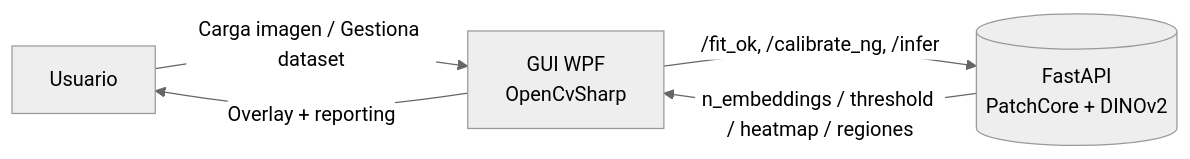
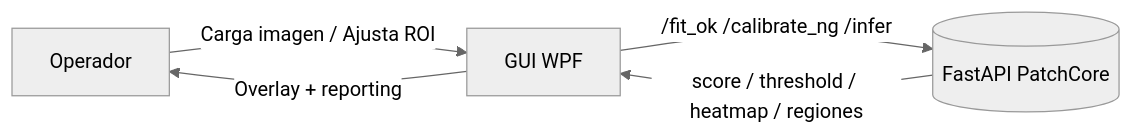
Before and after one commit to MillyGit/BrakeDiscInspector: the first of 2 diagrams in ARCHITECTURE.md, drawn with Mermaid (neutral theme). The commit also changed other lines of this file and 13 other files, not shown here.

````diff
--- a/ARCHITECTURE.md
+++ b/ARCHITECTURE.md
@@ -41,7 +34,7 @@
 ```mermaid
 flowchart LR
-    U[Usuario] -->|Carga imagen / Gestiona dataset| G[GUI WPF<br/>OpenCvSharp]
-    G -->|/fit_ok, /calibrate_ng, /infer| B[(FastAPI<br/>PatchCore + DINOv2)]
-    B -->|n_embeddings / threshold / heatmap / regiones| G
-    G -->|Overlay + reporting| U
+    U[Operador] -->|Carga imagen / Ajusta ROI| GUI[GUI WPF]
+    GUI -->|/fit_ok /calibrate_ng /infer| BE[(FastAPI PatchCore)]
+    BE -->|score / threshold / heatmap / regiones| GUI
+    GUI -->|Overlay + reporting| U
 ```
````
